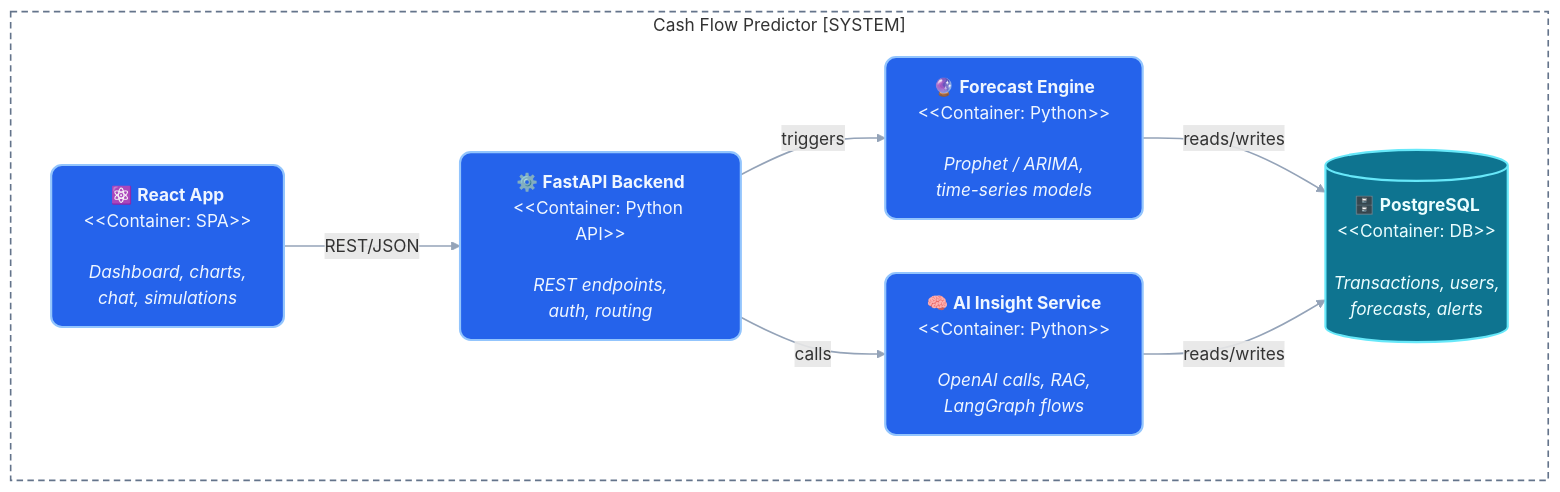
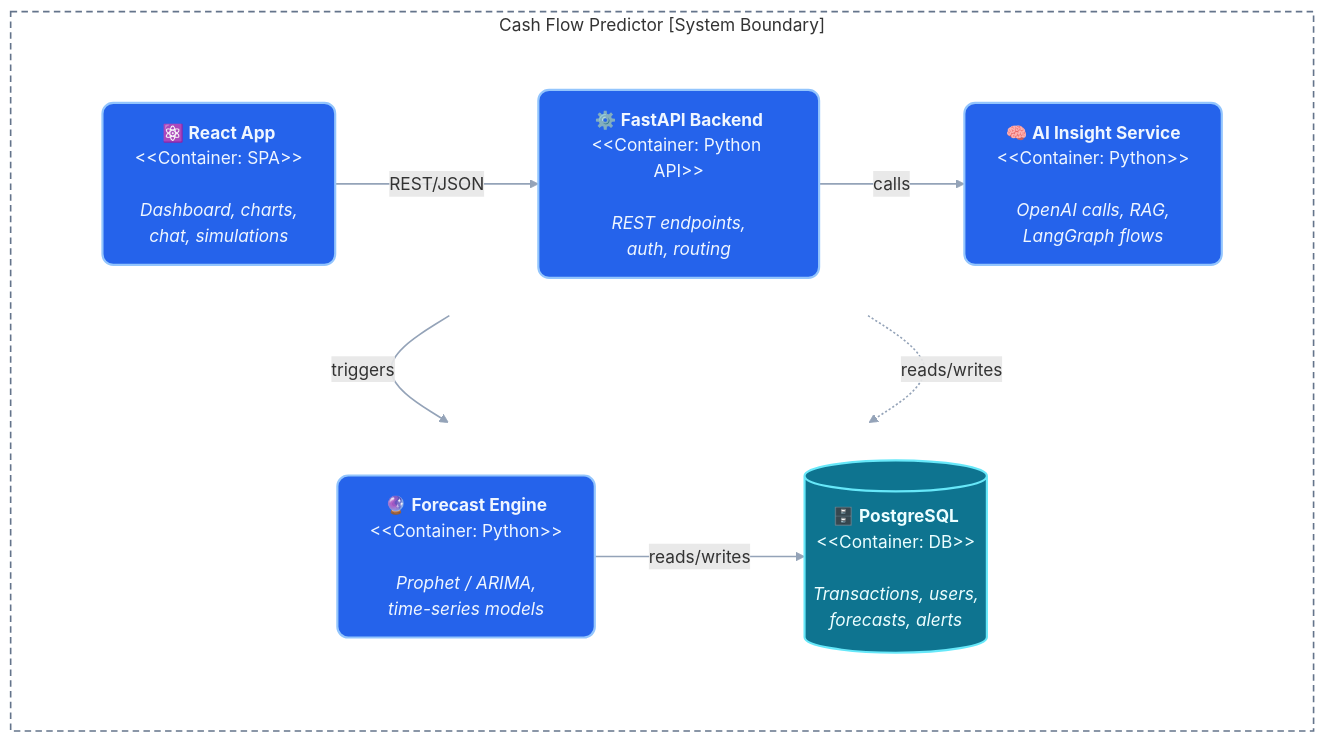
The sixth of 10 diagrams in README_3.md (ShraddhaD-07/project), drawn with Mermaid before and after one commit.

````diff
--- a/README_3.md
+++ b/README_3.md
@@ -349,25 +349,35 @@
 ```mermaid
 flowchart TB
-    subgraph BOUNDARY["Cash Flow Predictor [SYSTEM]"]
-        direction LR
-        React["⚛️ <b>React App</b><br/>&lt;&lt;Container: SPA&gt;&gt;<br/><br/><i>Dashboard, charts,<br/>chat, simulations</i>"]
-        FastAPI["⚙️ <b>FastAPI Backend</b><br/>&lt;&lt;Container: Python API&gt;&gt;<br/><br/><i>REST endpoints,<br/>auth, routing</i>"]
-        AIService["🧠 <b>AI Insight Service</b><br/>&lt;&lt;Container: Python&gt;&gt;<br/><br/><i>OpenAI calls, RAG,<br/>LangGraph flows</i>"]
-        Forecast["🔮 <b>Forecast Engine</b><br/>&lt;&lt;Container: Python&gt;&gt;<br/><br/><i>Prophet / ARIMA,<br/>time-series models</i>"]
-        Postgres[("🗄️ <b>PostgreSQL</b><br/>&lt;&lt;Container: DB&gt;&gt;<br/><br/><i>Transactions, users,<br/>forecasts, alerts</i>")]
+    subgraph BOUNDARY["Cash Flow Predictor [System Boundary]"]
+        direction TB
+
+        subgraph ROW1[" "]
+            direction LR
+            React["⚛️ <b>React App</b><br/>&lt;&lt;Container: SPA&gt;&gt;<br/><br/><i>Dashboard, charts,<br/>chat, simulations</i>"]
+            FastAPI["⚙️ <b>FastAPI Backend</b><br/>&lt;&lt;Container: Python API&gt;&gt;<br/><br/><i>REST endpoints,<br/>auth, routing</i>"]
+            AIService["🧠 <b>AI Insight Service</b><br/>&lt;&lt;Container: Python&gt;&gt;<br/><br/><i>OpenAI calls, RAG,<br/>LangGraph flows</i>"]
+        end
+
+        subgraph ROW2[" "]
+            direction LR
+            Forecast["🔮 <b>Forecast Engine</b><br/>&lt;&lt;Container: Python&gt;&gt;<br/><br/><i>Prophet / ARIMA,<br/>time-series models</i>"]
+            Postgres[("🗄️ <b>PostgreSQL</b><br/>&lt;&lt;Container: DB&gt;&gt;<br/><br/><i>Transactions, users,<br/>forecasts, alerts</i>")]
+        end
 
         React -- "REST/JSON" --> FastAPI
         FastAPI -- "calls" --> AIService
         FastAPI -- "triggers" --> Forecast
         Forecast -- "reads/writes" --> Postgres
-        AIService -- "reads/writes" --> Postgres
+        AIService -. "reads/writes" .-> Postgres
     end
 
     classDef container fill:#2563EB,stroke:#93C5FD,stroke-width:2px,color:#EFF6FF,rx:10,ry:10
     classDef db fill:#0E7490,stroke:#67E8F9,stroke-width:2px,color:#ECFEFF,rx:10,ry:10
 
     class React,FastAPI,AIService,Forecast container
     class Postgres db
     style BOUNDARY fill:none,stroke:#64748B,stroke-width:1.5px,stroke-dasharray:6 4
+    style ROW1 fill:none,stroke:none
+    style ROW2 fill:none,stroke:none
     linkStyle default stroke:#94A3B8,stroke-width:1.5px
 ```
````
